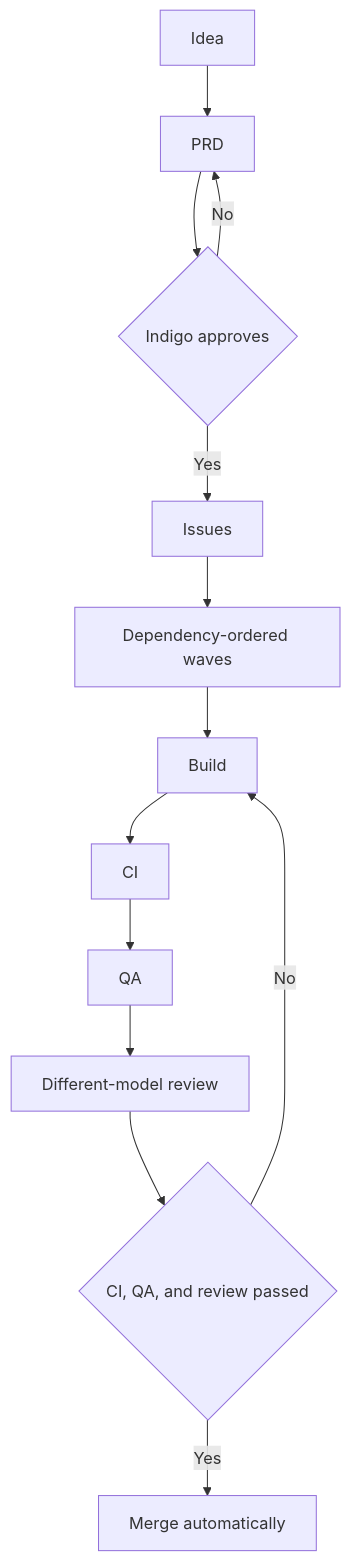
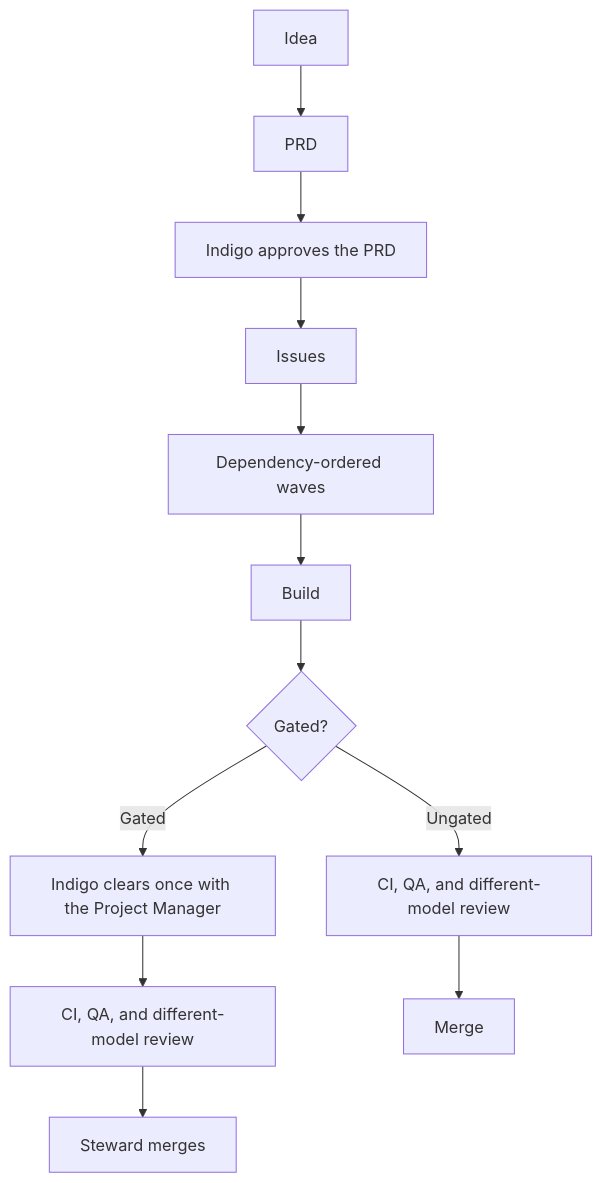
One commit to igrady2/cant-bleep-this changed the diagram in docs/PROCESS.md. Above: the diagram before and after it, drawn with Mermaid. The commit also changed other lines of this file, not shown here.

Commit message:
Describe gated and ungated merge paths in the process page.

````diff
--- a/docs/PROCESS.md
+++ b/docs/PROCESS.md
@@ -28,15 +29,14 @@
 ```mermaid
 flowchart TD
   idea[Idea] --> prd[PRD]
-  prd --> approve{Indigo approves}
-  approve -->|Yes| issues[Issues]
-  approve -->|No| prd
+  prd --> approved[Indigo approves the PRD]
+  approved --> issues[Issues]
   issues --> waves[Dependency-ordered waves]
   waves --> build[Build]
-  build --> ci[CI]
-  ci --> qa[QA]
-  qa --> review[Different-model review]
-  review --> passed{"CI, QA, and review passed"}
-  passed -->|Yes| merge[Merge automatically]
-  passed -->|No| build
+  build --> gated{Gated?}
+  gated -->|Ungated| openChecks["CI, QA, and different-model review"]
+  gated -->|Gated| clear[Indigo clears once with the Project Manager]
+  clear --> gatedChecks["CI, QA, and different-model review"]
+  openChecks --> merge[Merge]
+  gatedChecks --> steward[Steward merges]
 ```
````
